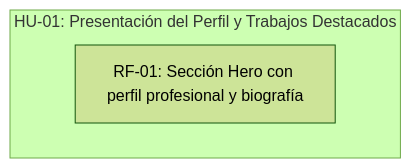
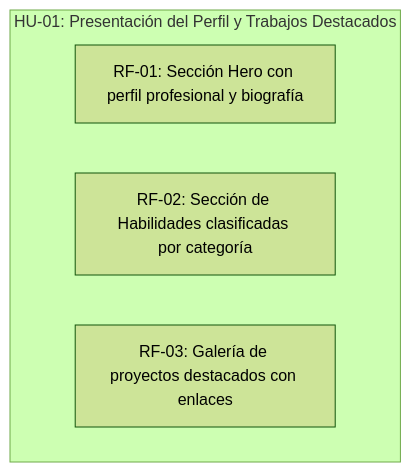
The diagram in scrumDocs/grafo.md (SVGiannoni/PORTFOLIO), drawn with Mermaid (forest theme) before and after one commit. The commit also changed other lines of this file, not shown here.

Commit message:
Auto-publish: actualiza scrumDocs/grafo.md

````diff
--- a/scrumDocs/grafo.md
+++ b/scrumDocs/grafo.md
@@ -5,6 +5,8 @@
 ```mermaid
 graph TD
   subgraph US_1788275867284["HU-01: Presentación del Perfil y Trabajos Destacados"]
     REQ_1788276365513["RF-01: Sección Hero con perfil profesional y biografía"]
+    REQ_1788276394018["RF-02: Sección de Habilidades clasificadas por categoría"]
+    REQ_1788276396963["RF-03: Galería de proyectos destacados con enlaces"]
   end
 ```
````
